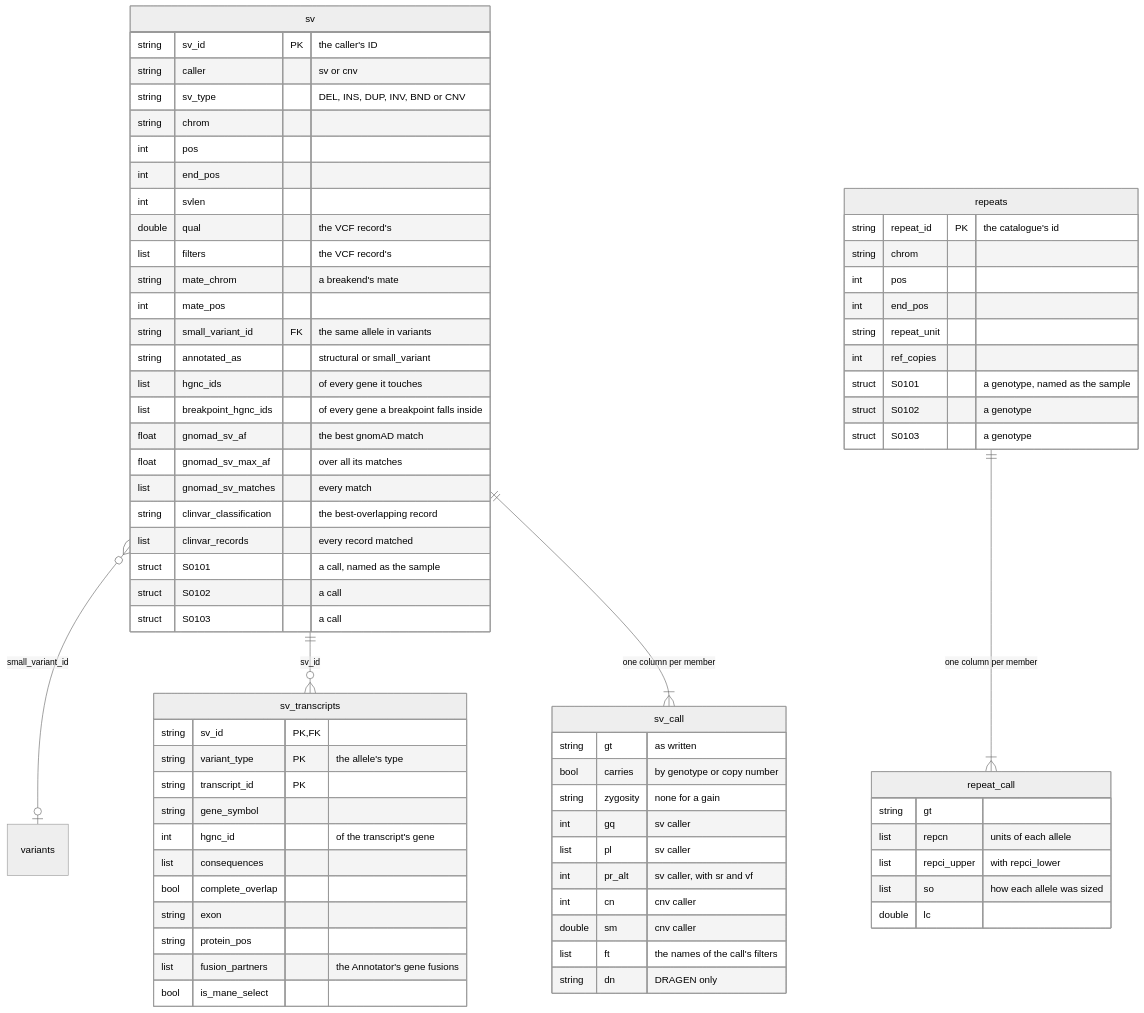
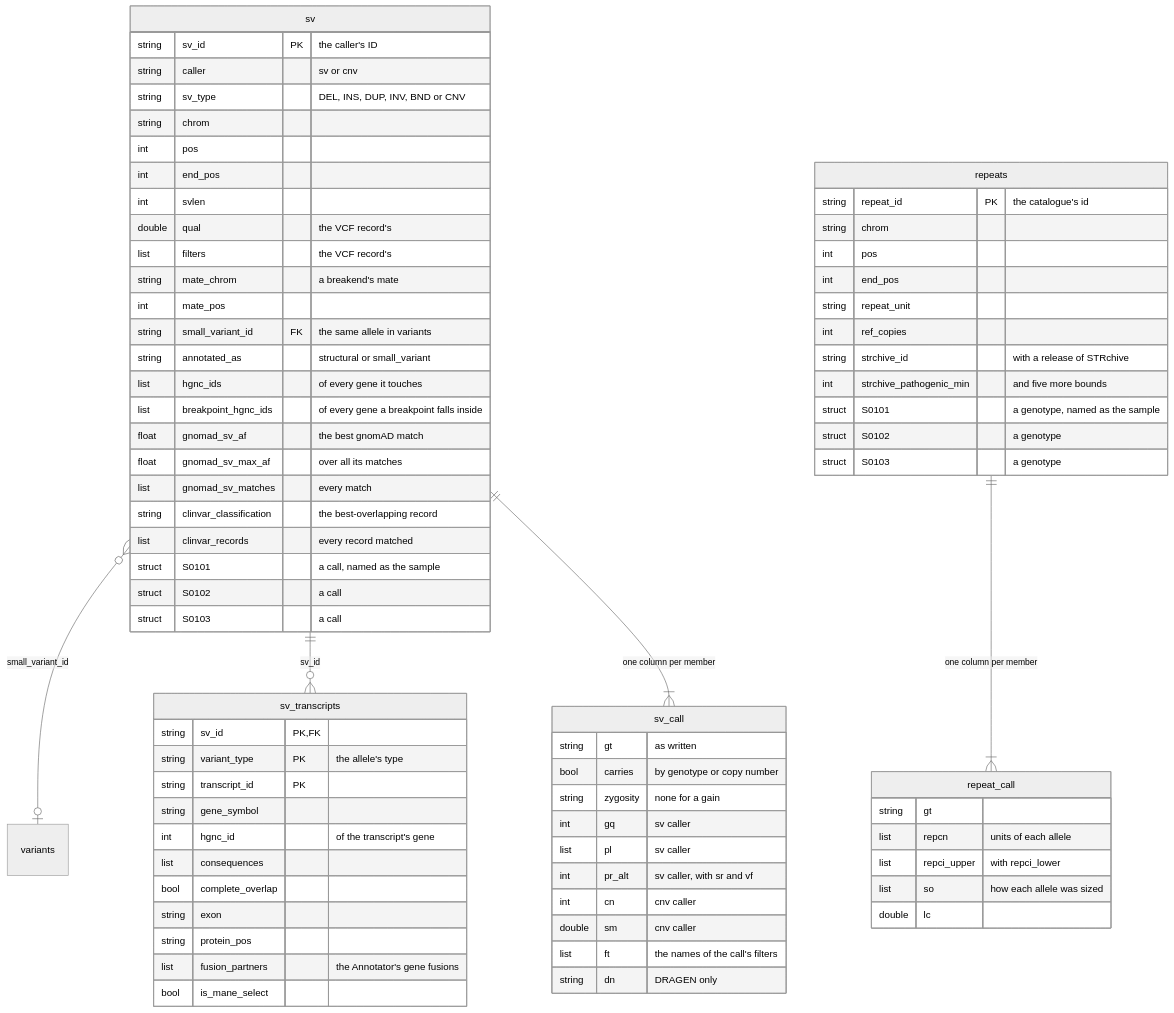
One commit to populationgenomics/case-annotation-pipeline changed the fourth of 4 diagrams in docs/family-tables.md. Above: the diagram before and after it, drawn with Mermaid (neutral theme). The commit also changed other lines of this file and 23 other files, not shown here.

````diff
--- a/docs/family-tables.md
+++ b/docs/family-tables.md
@@ -458,75 +459,77 @@
 ```mermaid
 erDiagram
     sv }o--o| variants : "small_variant_id"
     sv ||--o{ sv_transcripts : "sv_id"
     sv ||--|{ sv_call : "one column per member"
     repeats ||--|{ repeat_call : "one column per member"
     sv {
         string sv_id PK "the caller's ID"
         string caller "sv or cnv"
         string sv_type "DEL, INS, DUP, INV, BND or CNV"
         string chrom
         int pos
         int end_pos
         int svlen
         double qual "the VCF record's"
         list filters "the VCF record's"
         string mate_chrom "a breakend's mate"
         int mate_pos
         string small_variant_id FK "the same allele in variants"
         string annotated_as "structural or small_variant"
         list hgnc_ids "of every gene it touches"
         list breakpoint_hgnc_ids "of every gene a breakpoint falls inside"
         float gnomad_sv_af "the best gnomAD match"
         float gnomad_sv_max_af "over all its matches"
         list gnomad_sv_matches "every match"
         string clinvar_classification "the best-overlapping record"
         list clinvar_records "every record matched"
         struct S0101 "a call, named as the sample"
         struct S0102 "a call"
         struct S0103 "a call"
     }
     sv_transcripts {
         string sv_id PK, FK
         string variant_type PK "the allele's type"
         string transcript_id PK
         string gene_symbol
         int hgnc_id "of the transcript's gene"
         list consequences
         bool complete_overlap
         string exon
         string protein_pos
         list fusion_partners "the Annotator's gene fusions"
         bool is_mane_select
     }
     sv_call {
         string gt "as written"
         bool carries "by genotype or copy number"
         string zygosity "none for a gain"
         int gq "sv caller"
         list pl "sv caller"
         int pr_alt "sv caller, with sr and vf"
         int cn "cnv caller"
         double sm "cnv caller"
         list ft "the names of the call's filters"
         string dn "DRAGEN only"
     }
     repeats {
         string repeat_id PK "the catalogue's id"
         string chrom
         int pos
         int end_pos
         string repeat_unit
         int ref_copies
+        string strchive_id "with a release of STRchive"
+        int strchive_pathogenic_min "and five more bounds"
         struct S0101 "a genotype, named as the sample"
         struct S0102 "a genotype"
         struct S0103 "a genotype"
     }
     repeat_call {
         string gt
         list repcn "units of each allele"
         list repci_upper "with repci_lower"
         list so "how each allele was sized"
         double lc
     }
 ```
````
